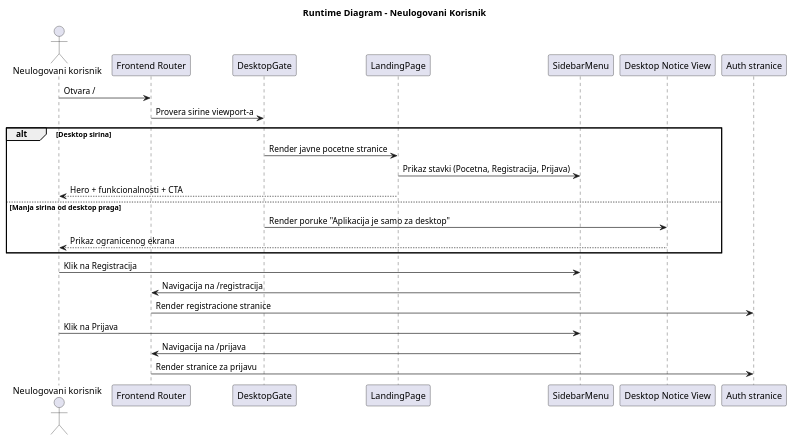
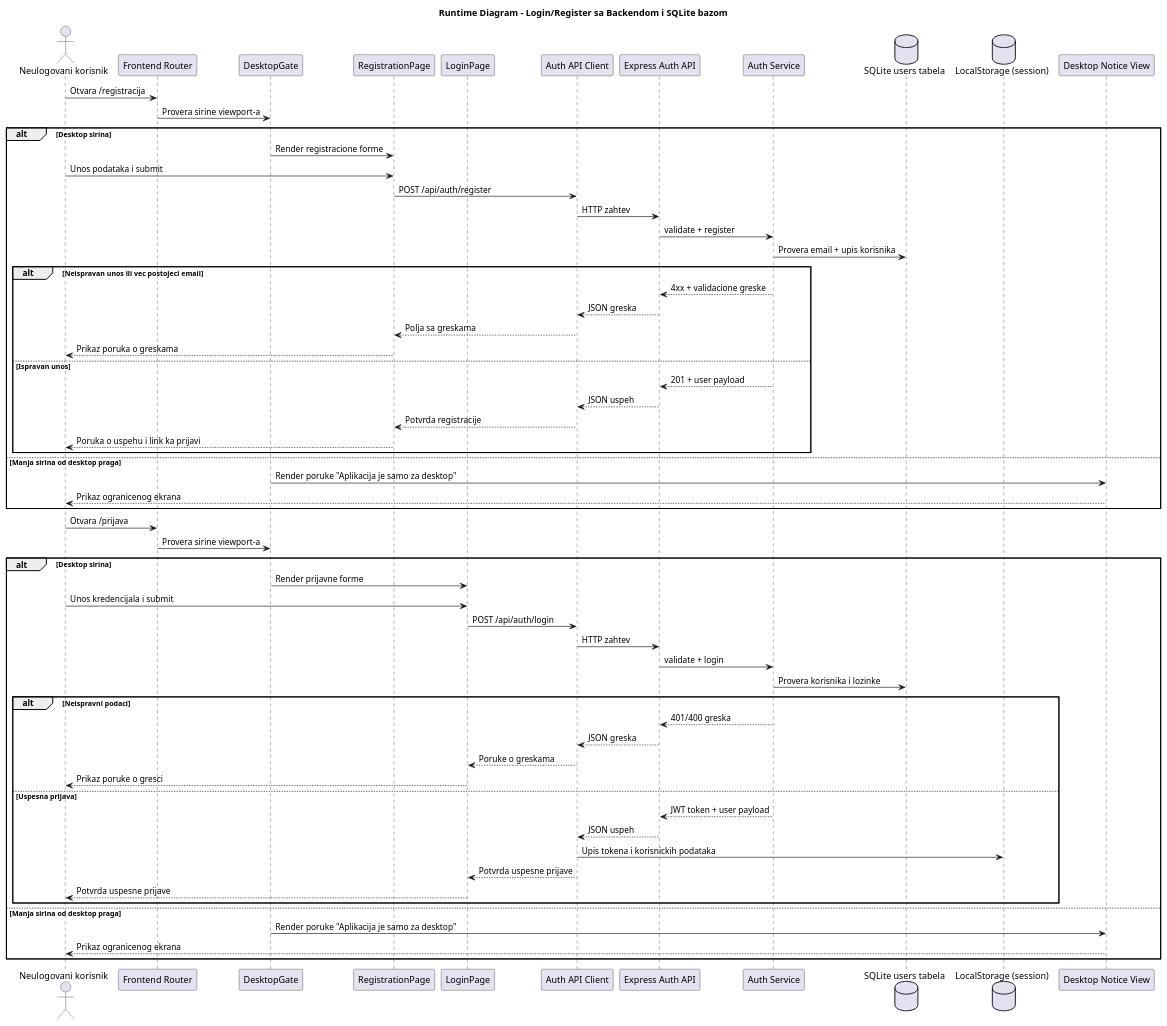
Before and after one commit to bagi002/INSPEKTOR: the diagram in Docs/architecture/runtime_diagram.puml, drawn with PlantUML. The commit also changed 45 other files, not shown here.

Commit message:
Dodate login i registration forme

```diff
--- a/Docs/architecture/runtime_diagram.puml
+++ b/Docs/architecture/runtime_diagram.puml
@@ -1,32 +1,71 @@
 @startuml Runtime Diagram
-title Runtime Diagram - Neulogovani Korisnik
+title Runtime Diagram - Login/Register sa Backendom i SQLite bazom
 
 actor "Neulogovani korisnik" as Guest
 participant "Frontend Router" as Router
 participant "DesktopGate" as Gate
-participant "LandingPage" as Landing
-participant "SidebarMenu" as Menu
+participant "RegistrationPage" as Registration
+participant "LoginPage" as Login
+participant "Auth API Client" as ApiClient
+participant "Express Auth API" as AuthApi
+participant "Auth Service" as AuthService
+database "SQLite users tabela" as UsersStore
+database "LocalStorage (session)" as SessionStore
 participant "Desktop Notice View" as Notice
-participant "Auth stranice" as Auth
 
-Guest -> Router: Otvara /
+Guest -> Router: Otvara /registracija
 Router -> Gate: Provera sirine viewport-a
 
 alt Desktop sirina
-  Gate -> Landing: Render javne pocetne stranice
-  Landing -> Menu: Prikaz stavki (Pocetna, Registracija, Prijava)
-  Landing --> Guest: Hero + funkcionalnosti + CTA
+  Gate -> Registration: Render registracione forme
+  Guest -> Registration: Unos podataka i submit
+  Registration -> ApiClient: POST /api/auth/register
+  ApiClient -> AuthApi: HTTP zahtev
+  AuthApi -> AuthService: validate + register
+  AuthService -> UsersStore: Provera email + upis korisnika
+
+  alt Neispravan unos ili vec postojeci email
+    AuthService --> AuthApi: 4xx + validacione greske
+    AuthApi --> ApiClient: JSON greska
+    ApiClient --> Registration: Polja sa greskama
+    Registration --> Guest: Prikaz poruka o greskama
+  else Ispravan unos
+    AuthService --> AuthApi: 201 + user payload
+    AuthApi --> ApiClient: JSON uspeh
+    ApiClient --> Registration: Potvrda registracije
+    Registration --> Guest: Poruka o uspehu i link ka prijavi
+  end
 else Manja sirina od desktop praga
   Gate -> Notice: Render poruke "Aplikacija je samo za desktop"
   Notice --> Guest: Prikaz ogranicenog ekrana
 end
 
-Guest -> Menu: Klik na Registracija
-Menu -> Router: Navigacija na /registracija
-Router -> Auth: Render registracione stranice
+Guest -> Router: Otvara /prijava
+Router -> Gate: Provera sirine viewport-a
 
-Guest -> Menu: Klik na Prijava
-Menu -> Router: Navigacija na /prijava
-Router -> Auth: Render stranice za prijavu
+alt Desktop sirina
+  Gate -> Login: Render prijavne forme
+  Guest -> Login: Unos kredencijala i submit
+  Login -> ApiClient: POST /api/auth/login
+  ApiClient -> AuthApi: HTTP zahtev
+  AuthApi -> AuthService: validate + login
+  AuthService -> UsersStore: Provera korisnika i lozinke
+
+  alt Neispravni podaci
+    AuthService --> AuthApi: 401/400 greska
+    AuthApi --> ApiClient: JSON greska
+    ApiClient --> Login: Poruke o greskama
+    Login --> Guest: Prikaz poruke o gresci
+  else Uspesna prijava
+    AuthService --> AuthApi: JWT token + user payload
+    AuthApi --> ApiClient: JSON uspeh
+    ApiClient -> SessionStore: Upis tokena i korisnickih podataka
+    ApiClient --> Login: Potvrda uspesne prijave
+    Login --> Guest: Potvrda uspesne prijave
+  end
+else Manja sirina od desktop praga
+  Gate -> Notice: Render poruke "Aplikacija je samo za desktop"
+  Notice --> Guest: Prikaz ogranicenog ekrana
+end
 
 @enduml
```
